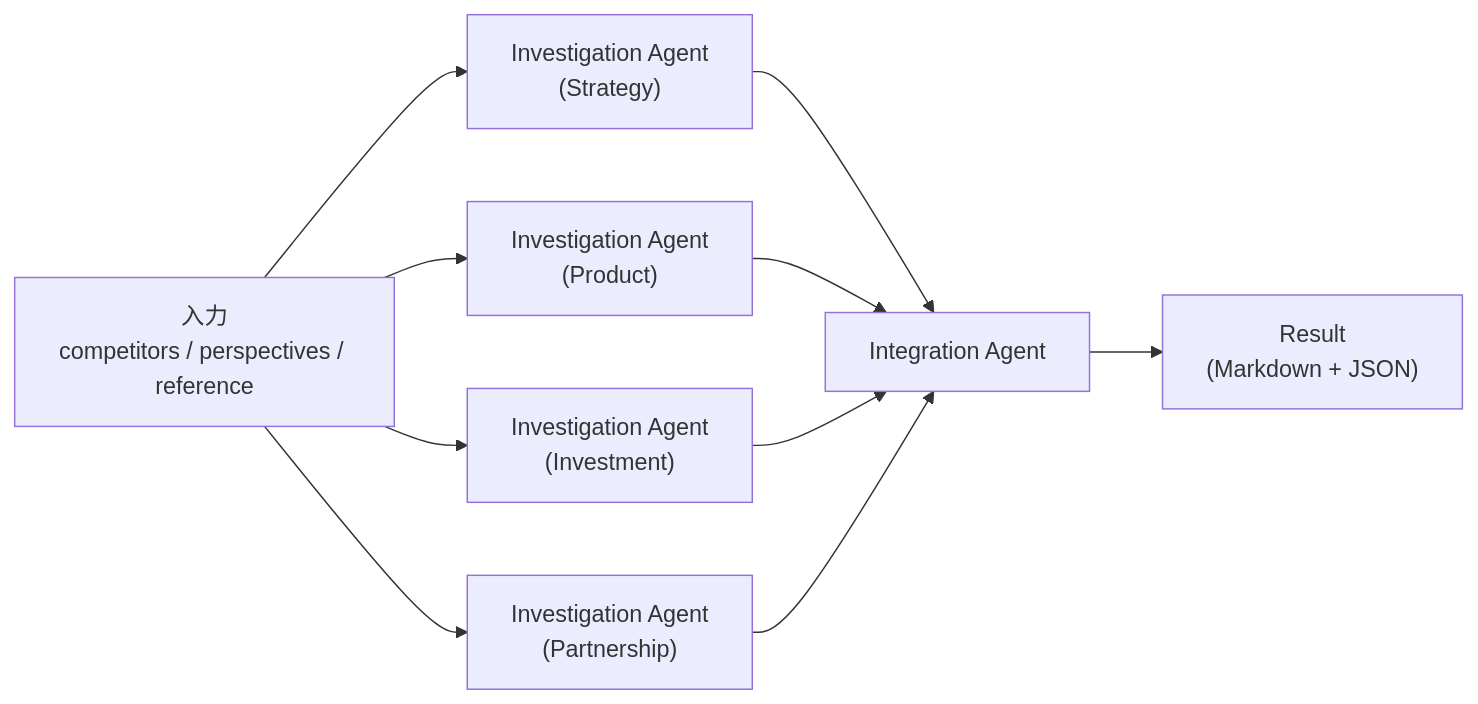
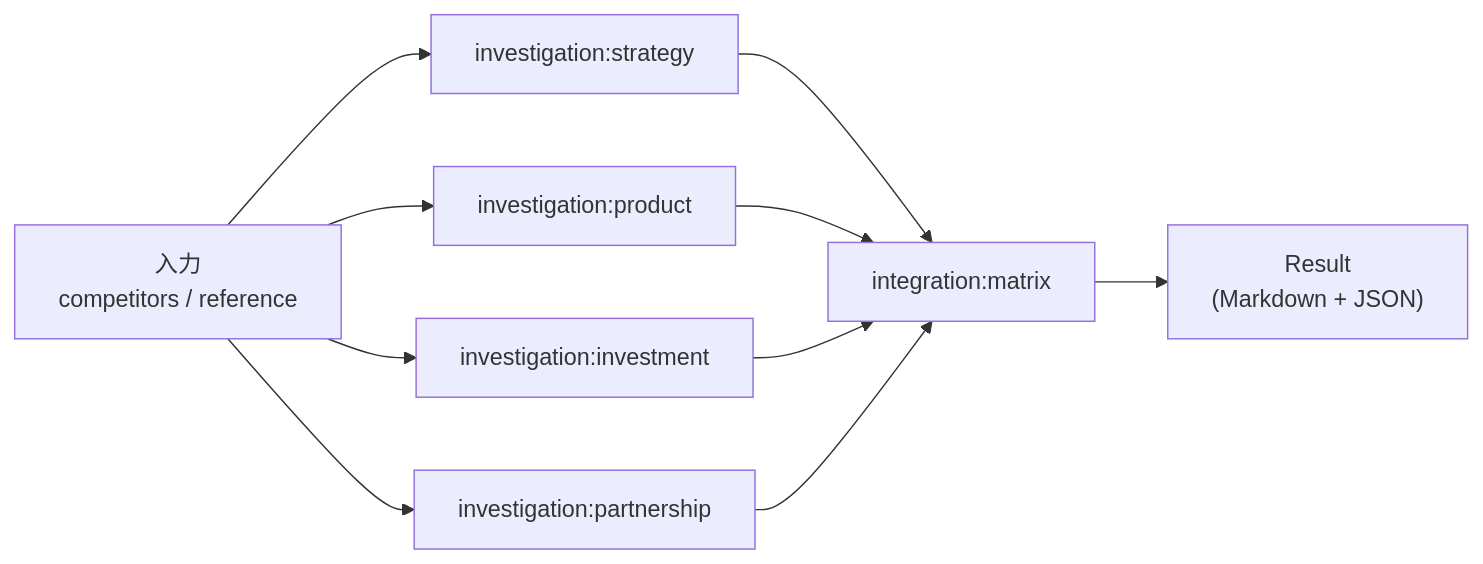
Before and after one commit to kuairen-227/agent-team-studio: the diagram in docs/design/templates/competitor-analysis.md, drawn with Mermaid. The commit also changed other lines of this file and 2 other files, not shown here.

````diff
--- a/docs/design/templates/competitor-analysis.md
+++ b/docs/design/templates/competitor-analysis.md
@@ -34,20 +15,20 @@
 ```mermaid
 flowchart LR
-    Input["入力<br/>competitors / perspectives / reference"]
-    IA1["Investigation Agent<br/>(Strategy)"]
-    IA2["Investigation Agent<br/>(Product)"]
-    IA3["Investigation Agent<br/>(Investment)"]
-    IA4["Investigation Agent<br/>(Partnership)"]
-    Int["Integration Agent"]
+    Input["入力<br/>competitors / reference"]
+    IA1["investigation:strategy"]
+    IA2["investigation:product"]
+    IA3["investigation:investment"]
+    IA4["investigation:partnership"]
+    Int["integration:matrix"]
     Result["Result<br/>(Markdown + JSON)"]
 
     Input --> IA1
     Input --> IA2
     Input --> IA3
     Input --> IA4
     IA1 --> Int
     IA2 --> Int
     IA3 --> Int
     IA4 --> Int
     Int --> Result
 ```
````
